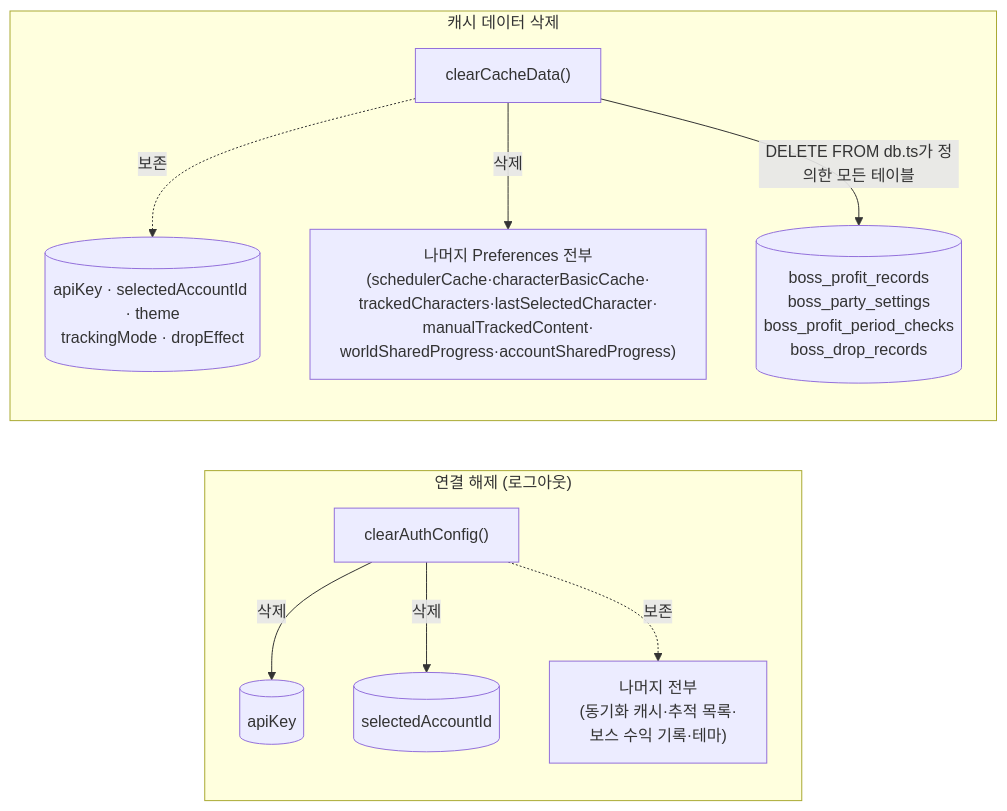
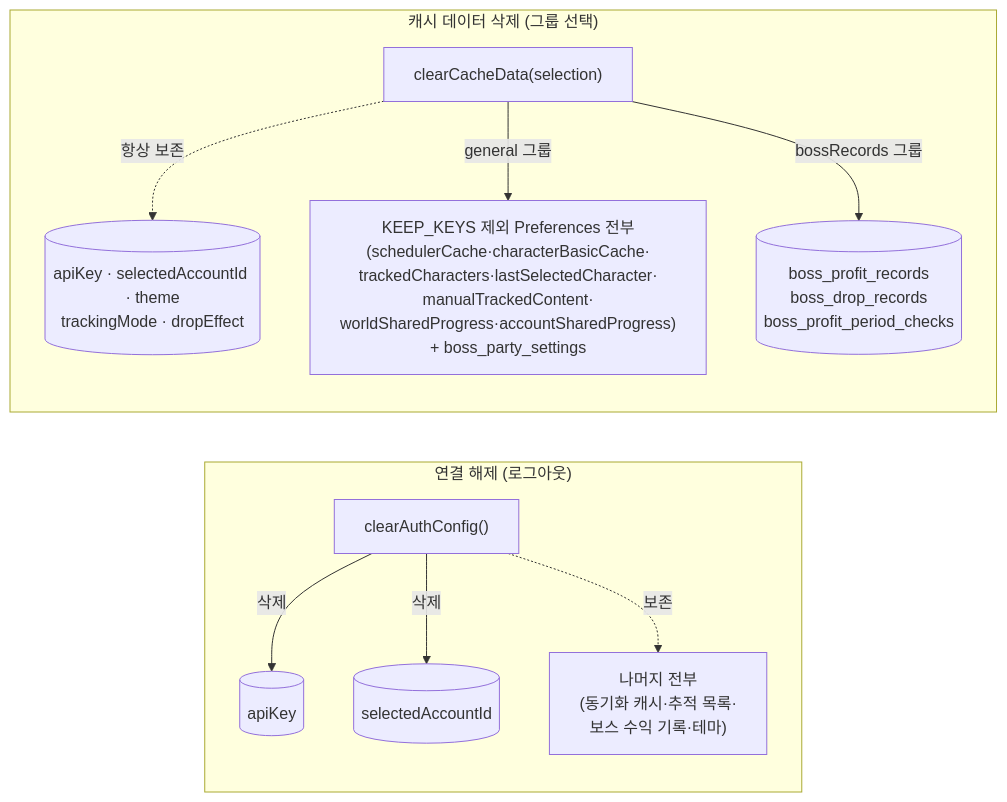
Before and after one commit to jini520/maple-routine: the third of 3 diagrams in docs/persistence/lifecycle.md, drawn with Mermaid. The commit also changed other lines of this file and 13 other files, not shown here.

First line of the commit message:
feat(settings): 캐시 데이터 삭제를 2그룹 선택 삭제로 (ADR-058)

````diff
--- a/docs/persistence/lifecycle.md
+++ b/docs/persistence/lifecycle.md
@@ -51,18 +51,18 @@
 ```mermaid
 flowchart LR
     subgraph Logout["연결 해제 (로그아웃)"]
         direction TB
         D1["clearAuthConfig()"]
         D1 -->|삭제| X1[("apiKey")]
         D1 -->|삭제| X2[("selectedAccountId")]
         D1 -.보존.-> K1["나머지 전부\n(동기화 캐시·추적 목록·\n보스 수익 기록·테마)"]
     end
 
-    subgraph CacheClear["캐시 데이터 삭제"]
+    subgraph CacheClear["캐시 데이터 삭제 (그룹 선택)"]
         direction TB
-        D2["clearCacheData()"]
-        D2 -.보존.-> K2[("apiKey · selectedAccountId · theme\ntrackingMode · dropEffect")]
-        D2 -->|삭제| Y1["나머지 Preferences 전부\n(schedulerCache·characterBasicCache·\ntrackedCharacters·lastSelectedCharacter·\nmanualTrackedContent·\nworldSharedProgress·accountSharedProgress)"]
-        D2 -->|DELETE FROM db.ts가 정의한 모든 테이블| Y2[("boss_profit_records\nboss_party_settings\nboss_profit_period_checks\nboss_drop_records")]
+        D2["clearCacheData(selection)"]
+        D2 -.항상 보존.-> K2[("apiKey · selectedAccountId · theme\ntrackingMode · dropEffect")]
+        D2 -->|general 그룹| Y1["KEEP_KEYS 제외 Preferences 전부\n(schedulerCache·characterBasicCache·\ntrackedCharacters·lastSelectedCharacter·\nmanualTrackedContent·\nworldSharedProgress·accountSharedProgress)\n+ boss_party_settings"]
+        D2 -->|bossRecords 그룹| Y2[("boss_profit_records\nboss_drop_records\nboss_profit_period_checks")]
     end
 ```
````
